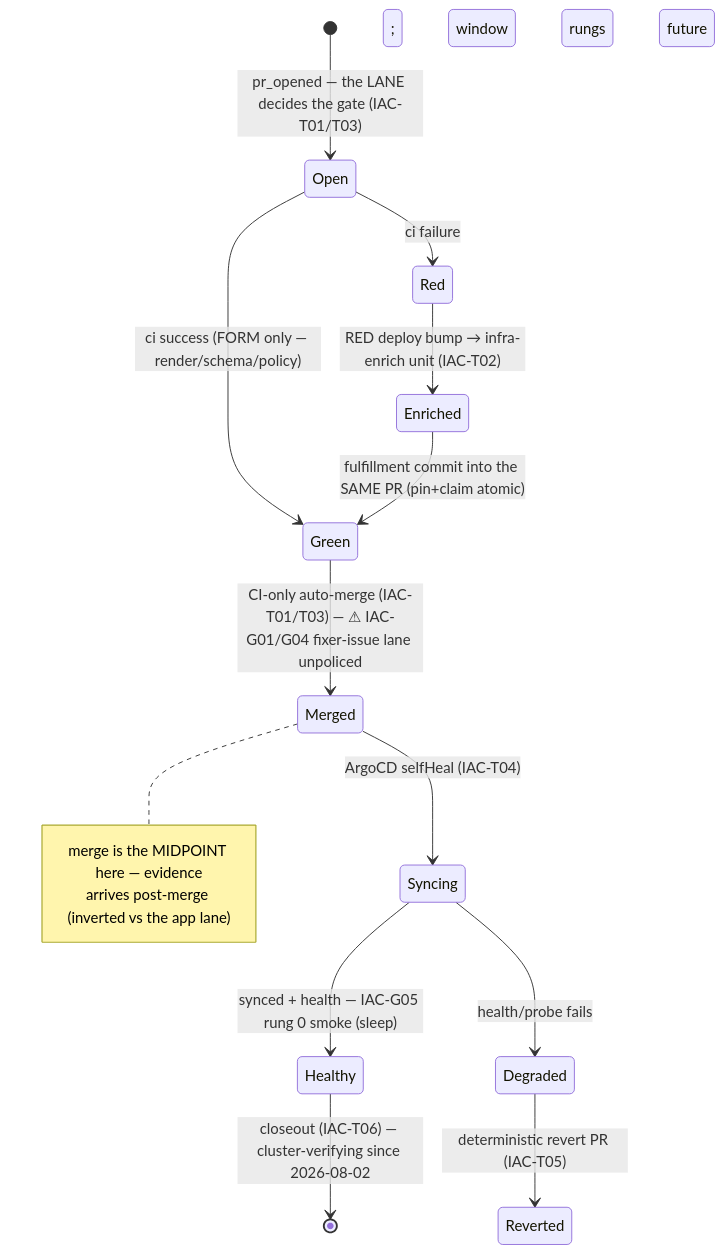
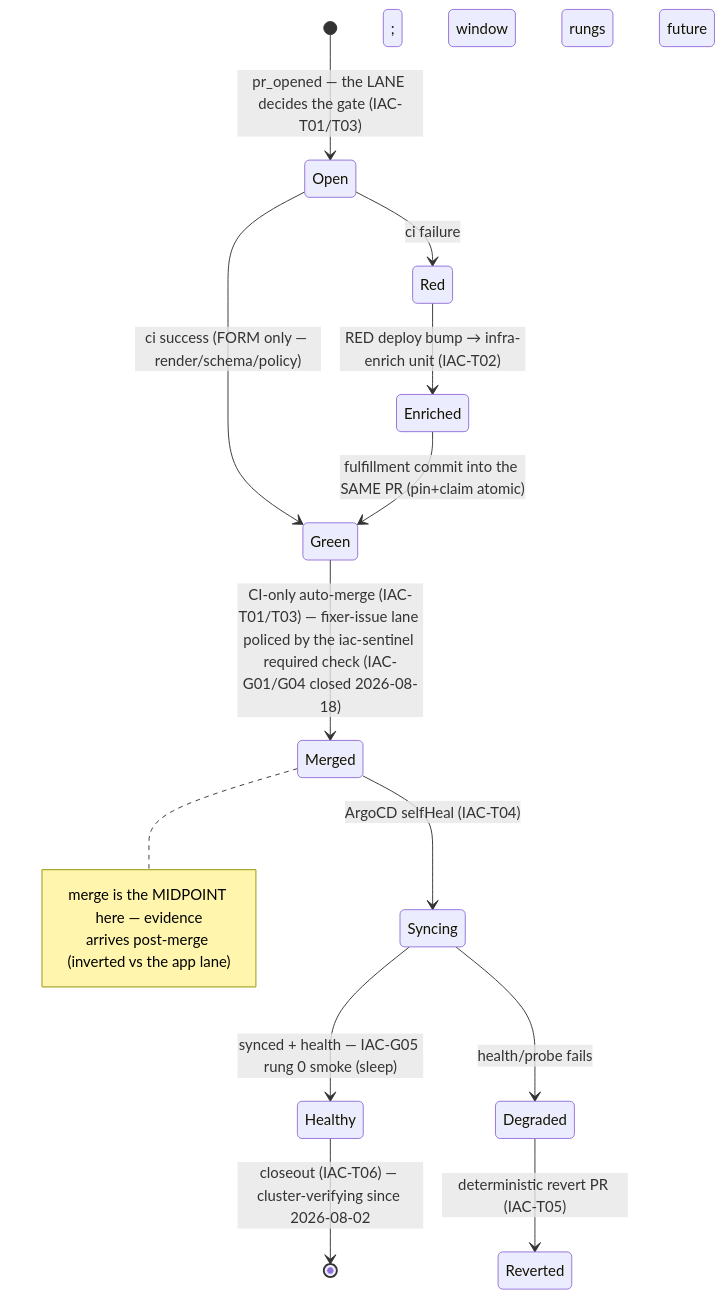
Before and after one commit to teststuffstash/homelab: the diagram in docs/agents/iac-lane-fsm.md, drawn with Mermaid. The commit also changed other lines of this file and 12 other files, not shown here.

````diff
--- a/docs/agents/iac-lane-fsm.md
+++ b/docs/agents/iac-lane-fsm.md
@@ -9,18 +9,18 @@
 ```mermaid
 stateDiagram-v2
     [*] --> Open: pr_opened — the LANE decides the gate (IAC-T01/T03)
     Open --> Green: ci success (FORM only — render/schema/policy)
     Open --> Red: ci failure
     Red --> Enriched: RED deploy bump → infra-enrich unit (IAC-T02)
     Enriched --> Green: fulfillment commit into the SAME PR (pin+claim atomic)
-    Green --> Merged: CI-only auto-merge (IAC-T01/T03) — ⚠ IAC-G01/G04 fixer-issue lane unpoliced
+    Green --> Merged: CI-only auto-merge (IAC-T01/T03) — fixer-issue lane policed by the iac-sentinel required check (IAC-G01/G04 closed 2026-08-18)
     Merged --> Syncing: ArgoCD selfHeal (IAC-T04)
     Syncing --> Healthy: synced + health — IAC-G05 rung 0 smoke (sleep); window rungs future
     Syncing --> Degraded: health/probe fails
     Degraded --> Reverted: deterministic revert PR (IAC-T05)
     Healthy --> [*]: closeout (IAC-T06) — cluster-verifying since 2026-08-02
     note right of Merged
         merge is the MIDPOINT here — evidence
         arrives post-merge (inverted vs the app lane)
     end note
 ```
````
